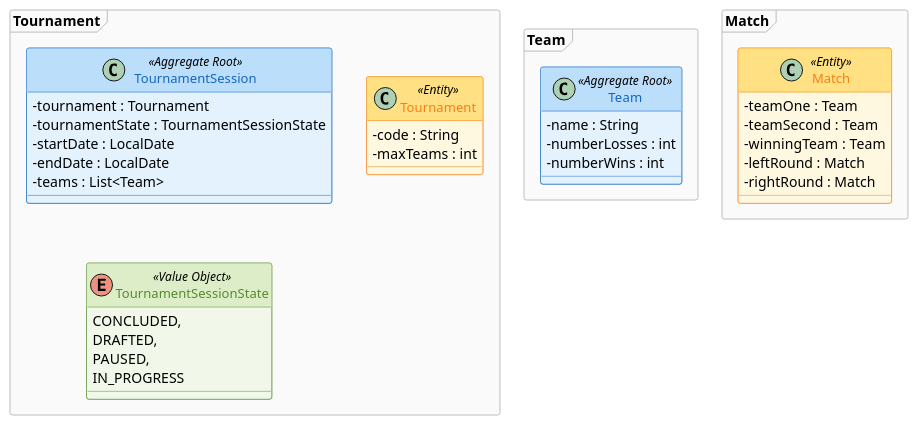
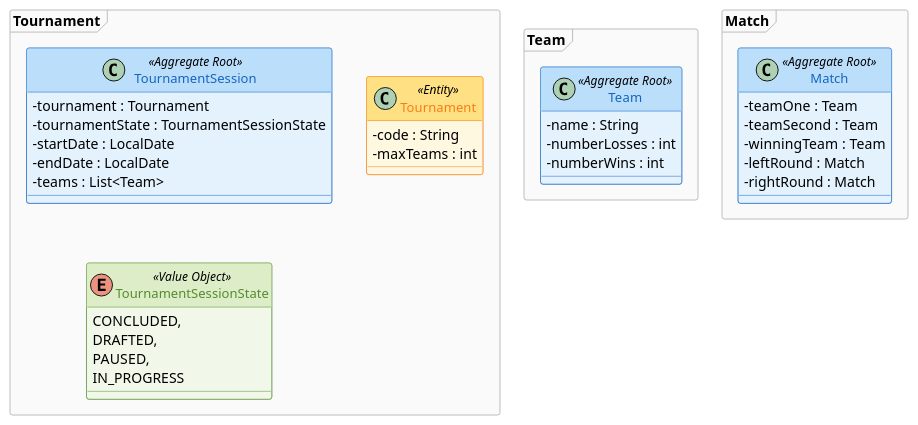
The diagram in docs/global-artifacts/02.analysis/puml/dm/completeDM.puml (1241323-JoseCardoso/Sports-Bracket-Generator), drawn with PlantUML before and after one commit. The commit also changed 4 other files, not shown here.

```diff
--- a/docs/global-artifacts/02.analysis/puml/dm/completeDM.puml
+++ b/docs/global-artifacts/02.analysis/puml/dm/completeDM.puml
@@ -1,98 +1,103 @@
 @startuml Sports Bracket
 
 skinparam classAttributeIconSize 0
 skinparam classFontSize 13
 skinparam shadowing false
 
 skinparam class {
     BackgroundColor<<Aggregate Root>> #E3F2FD
     BorderColor<<Aggregate Root>> #1565C0
     FontColor<<Aggregate Root>> #1565C0
     HeaderBackgroundColor<<Aggregate Root>> #BBDEFB
 
     BackgroundColor<<Entity>> #FFF8E1
     BorderColor<<Entity>> #F57F17
     FontColor<<Entity>> #F57F17
     HeaderBackgroundColor<<Entity>> #FFE082
 
     BackgroundColor<<Value Object>> #F1F8E9
     BorderColor<<Value Object>> #558B2F
     FontColor<<Value Object>> #558B2F
     HeaderBackgroundColor<<Value Object>> #DCEDC8
 }
 
 skinparam package {
     BackgroundColor #FAFAFA
     BorderColor #BDBDBD
     BorderStyle dashed
     FontSize 14
 }
 
 
 skinparam ArrowColor #444441
 
 package "Tournament" <<Frame>> {
 
     class TournamentSession <<Aggregate Root>>{
 
                 - tournament : Tournament
                 - tournamentState : TournamentSessionState
                 - startDate : LocalDate
                 - endDate : LocalDate
                 - teams : List<Team>
     }
 
     /'
       Pensando de uma maneira racional, os tournaments não poderão ser considerados como value objetcs uma vez que possuem ID's.
 
       Podemos utilizar um mesmo torneio, desde que possamos alterar o startDate e o endDate.
 
       Tendo isto em conta, o startDate e endDate deixa de fazer sentido dentro do tournament e terão que ser movidos para dentro do TournamentSession
     '/
 
+    /'
+        Quando é que uma equipa pode ser considerada como vencedora?
+
+    '/
+
     class Tournament <<Entity>>{
 
                 - code : String
                 - maxTeams : int
     }
 
     enum TournamentSessionState <<Value Object>>{
 
                  CONCLUDED,
                  DRAFTED,
                  PAUSED,
                  IN_PROGRESS
 
     }
 
 }
 
 package "Team" <<Frame>>{
 
     class Team <<Aggregate Root>>{
 
             - name : String
             - numberLosses : int
             - numberWins : int
 
     }
 
 }
 
 package "Match" <<Frame>>{
 
-    class Match <<Entity>>{
+    class Match <<Aggregate Root>>{
 
         - teamOne : Team
         - teamSecond : Team
         - winningTeam : Team
         - leftRound : Match
         - rightRound : Match
     }
 
 }
 
 
 
 
 @enduml
```
